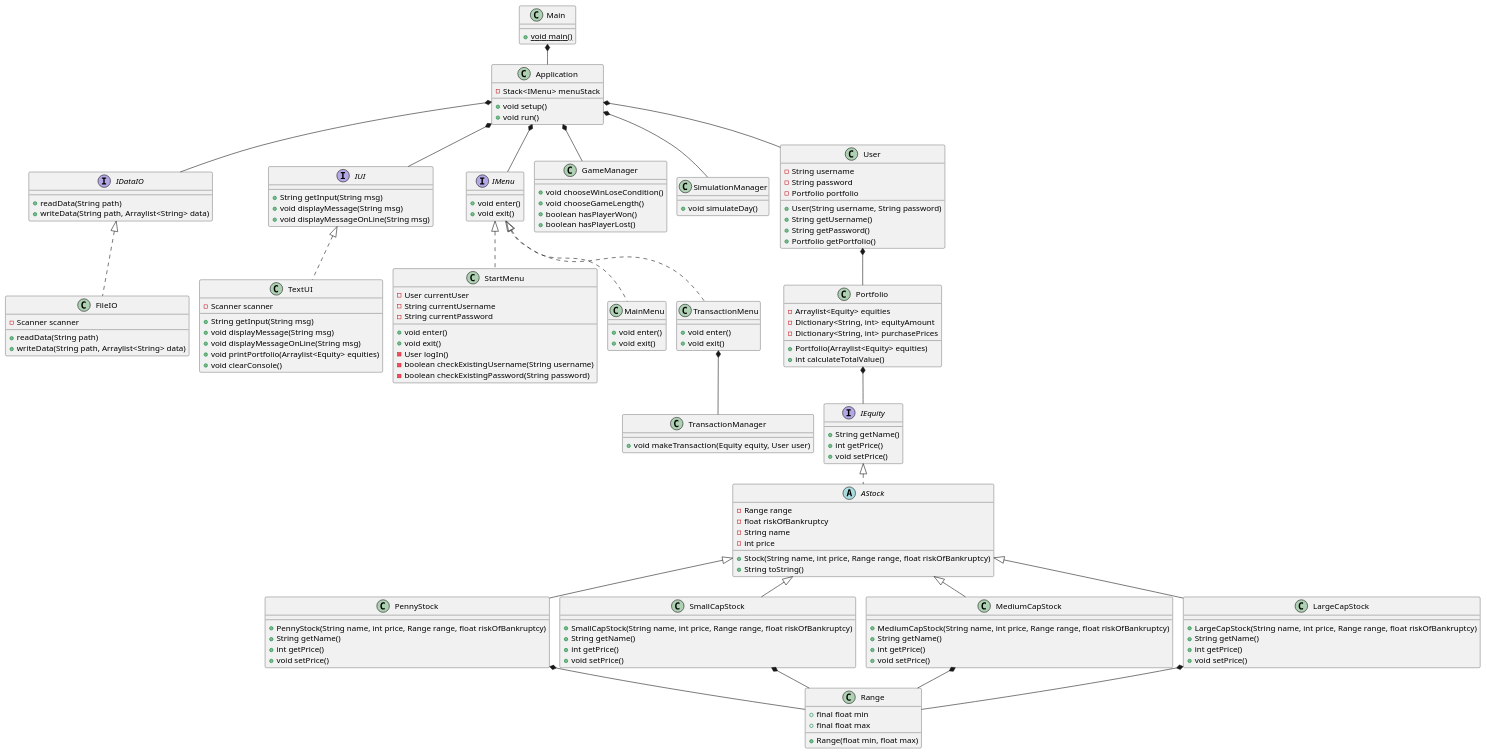
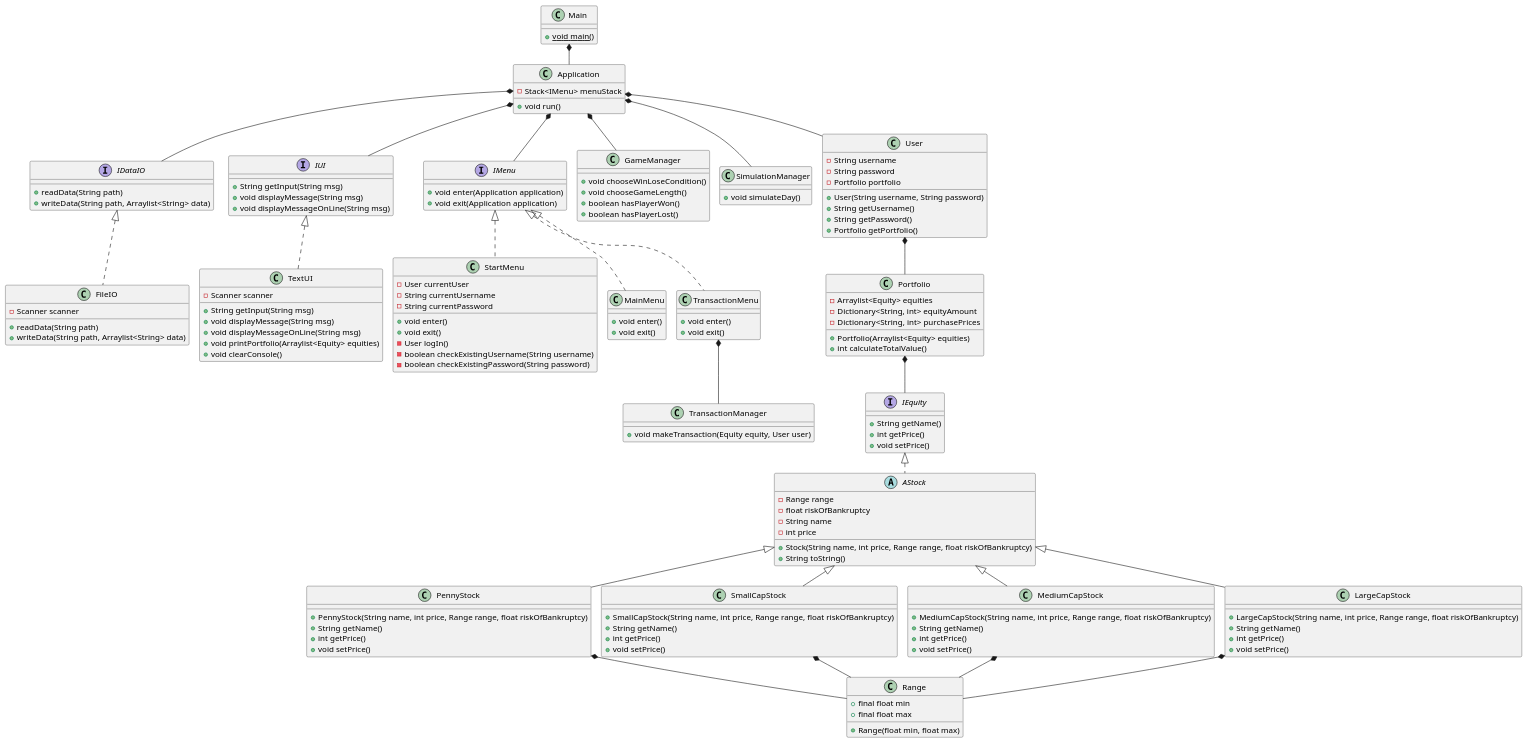
Before and after one commit to TobiasTheDanish/AktieSpil: the diagram in Documentation/KlasseDiagram.puml, drawn with PlantUML. The commit also changed 15 other files, not shown here.

```diff
--- a/Documentation/KlasseDiagram.puml
+++ b/Documentation/KlasseDiagram.puml
@@ -1,162 +1,161 @@
 @startuml
 !pragma layout smetana
 'https://plantuml.com/class-diagram
 class Main {
     + {static} void main()
 }
 
 class Application {
     - Stack<IMenu> menuStack
-    + void setup()
     + void run()
 }
 
 interface IDataIO {
     + readData(String path)
     + writeData(String path, Arraylist<String> data)
 }
 
 class FileIO implements IDataIO {
     - Scanner scanner
     + readData(String path)
     + writeData(String path, Arraylist<String> data)
 
 }
 
 interface IUI {
     + String getInput(String msg)
     + void displayMessage(String msg)
     + void displayMessageOnLine(String msg)
 }
 
 class TextUI implements IUI {
     - Scanner scanner
     + String getInput(String msg)
     + void displayMessage(String msg)
     + void displayMessageOnLine(String msg)
     + void printPortfolio(Arraylist<Equity> equities)
     + void clearConsole()
 }
 
 interface IMenu {
-    + void enter()
-    + void exit()
+    + void enter(Application application)
+    + void exit(Application application)
 }
 
 class StartMenu implements IMenu {
     - User currentUser
     - String currentUsername
     - String currentPassword
     + void enter()
     + void exit()
     - User logIn()
     - boolean checkExistingUsername(String username)
     - boolean checkExistingPassword(String password)
 }
 
 class MainMenu implements IMenu {
     + void enter()
     + void exit()
 }
 
 class TransactionMenu implements IMenu {
     + void enter()
     + void exit()
 }
 
 class TransactionManager {
     + void makeTransaction(Equity equity, User user)
 }
 
 class GameManager {
     + void chooseWinLoseCondition()
     + void chooseGameLength()
     + boolean hasPlayerWon()
     + boolean hasPlayerLost()
 }
 
 class SimulationManager {
     + void simulateDay()
 }
 
 class User {
     - String username
     - String password
     - Portfolio portfolio
     + User(String username, String password)
     + String getUsername()
     + String getPassword()
     + Portfolio getPortfolio()
 }
 
 class Portfolio {
     - Arraylist<Equity> equities
     - Dictionary<String, int> equityAmount
     - Dictionary<String, int> purchasePrices
     + Portfolio(Arraylist<Equity> equities)
     + int calculateTotalValue()
 }
 
 interface IEquity {
     + String getName()
     + int getPrice()
     + void setPrice()
 }
 
 abstract class AStock implements IEquity {
     - Range range
     - float riskOfBankruptcy
     - String name
     - int price
     + Stock(String name, int price, Range range, float riskOfBankruptcy)
     + String toString()
 }
 
 class PennyStock extends AStock {
     + PennyStock(String name, int price, Range range, float riskOfBankruptcy)
     + String getName()
     + int getPrice()
     + void setPrice()
 }
 class SmallCapStock extends AStock {
     + SmallCapStock(String name, int price, Range range, float riskOfBankruptcy)
     + String getName()
     + int getPrice()
     + void setPrice()
 }
 class MediumCapStock extends AStock {
     + MediumCapStock(String name, int price, Range range, float riskOfBankruptcy)
     + String getName()
     + int getPrice()
     + void setPrice()
 }
 class LargeCapStock extends AStock {
     + LargeCapStock(String name, int price, Range range, float riskOfBankruptcy)
     + String getName()
     + int getPrice()
     + void setPrice()
 }
 
 class Range {
     + final float min
     + final float max
     + Range(float min, float max)
 }
 
 Main *-- Application
 Application *-- IMenu
 Application *-- User
 Application *-- SimulationManager
 Application *-- GameManager
 Application *-- IUI
 Application *-- IDataIO
 
 TransactionMenu *-- TransactionManager
 
 User *-- Portfolio
 Portfolio *-- IEquity
 PennyStock *-- Range
 SmallCapStock *-- Range
 MediumCapStock *-- Range
 LargeCapStock *-- Range
 @enduml
```
